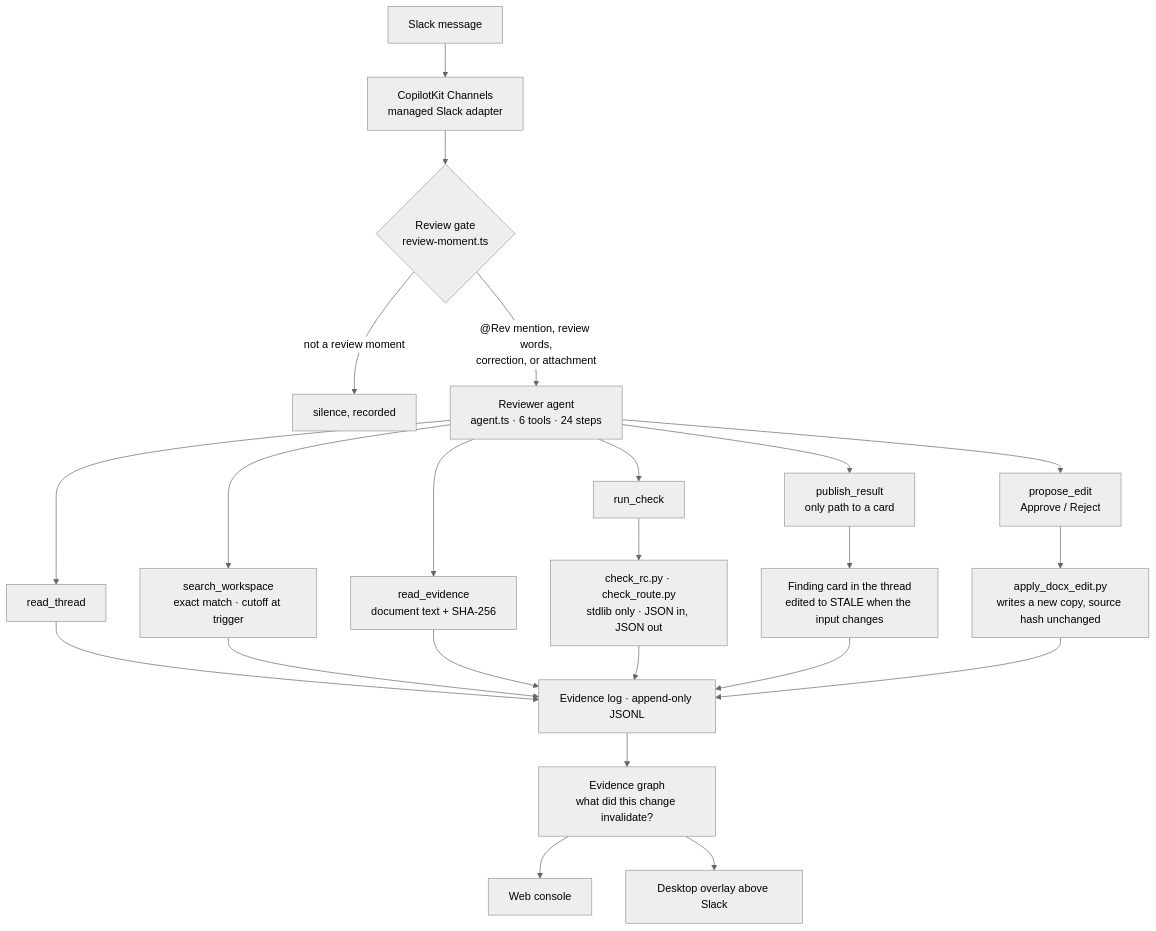
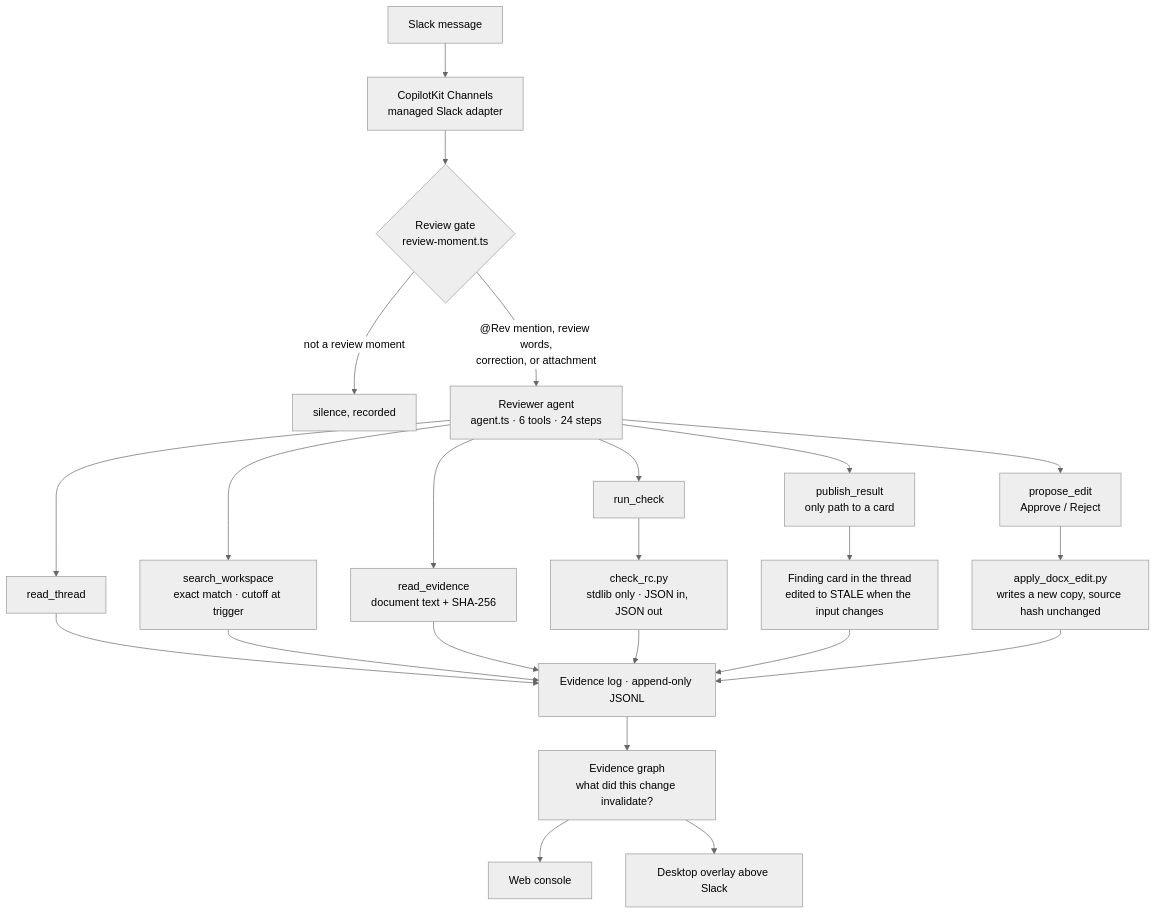
The diagram in README.md (gabegraves/ThreadRev), drawn with Mermaid (neutral theme) before and after one commit. The commit also changed other lines of this file, not shown here.

````diff
--- a/README.md
+++ b/README.md
@@ -140,23 +105,23 @@
 ```mermaid
 flowchart TB
     A["Slack message"] --> B["CopilotKit Channels<br/>managed Slack adapter"]
     B --> C{"Review gate<br/>review-moment.ts"}
     C -->|"not a review moment"| D["silence, recorded"]
     C -->|"@Rev mention, review words,<br/>correction, or attachment"| E["Reviewer agent<br/>agent.ts · 6 tools · 24 steps"]
 
     E --> T1["read_thread"]
     E --> T2["search_workspace<br/>exact match · cutoff at trigger"]
     E --> T3["read_evidence<br/>document text + SHA-256"]
     E --> T4["run_check"]
     E --> T5["publish_result<br/>only path to a card"]
     E --> T6["propose_edit<br/>Approve / Reject"]
 
-    T4 --> PY["check_rc.py · check_route.py<br/>stdlib only · JSON in, JSON out"]
+    T4 --> PY["check_rc.py<br/>stdlib only · JSON in, JSON out"]
     T5 --> CARD["Finding card in the thread<br/>edited to STALE when the input changes"]
     T6 --> APPL["apply_docx_edit.py<br/>writes a new copy, source hash unchanged"]
 
     T1 & T2 & T3 & PY & CARD & APPL --> LOG["Evidence log · append-only JSONL"]
     LOG --> GRAPH["Evidence graph<br/>what did this change invalidate?"]
     GRAPH --> WEB["Web console"]
     GRAPH --> PET["Desktop overlay above Slack"]
 ```
````
